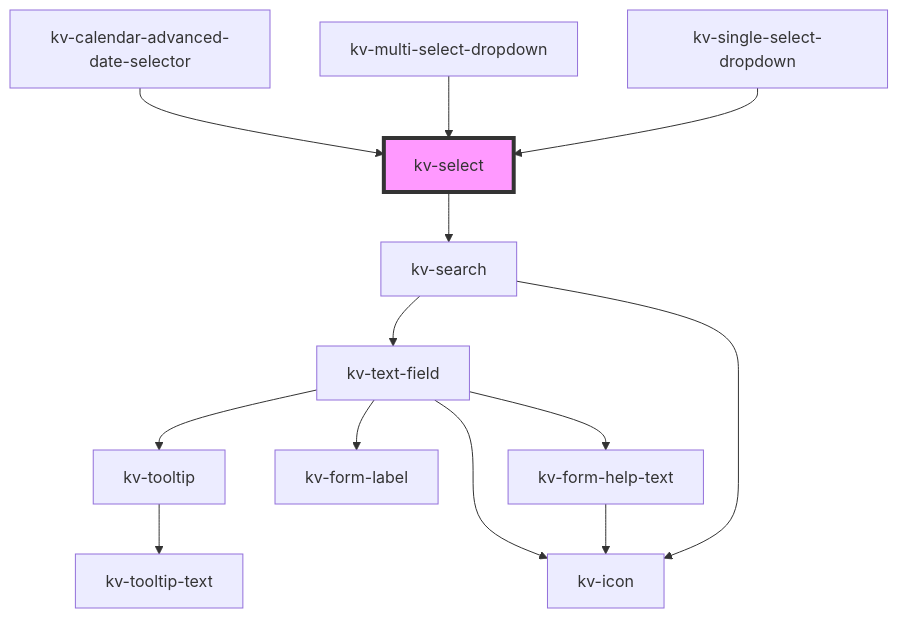
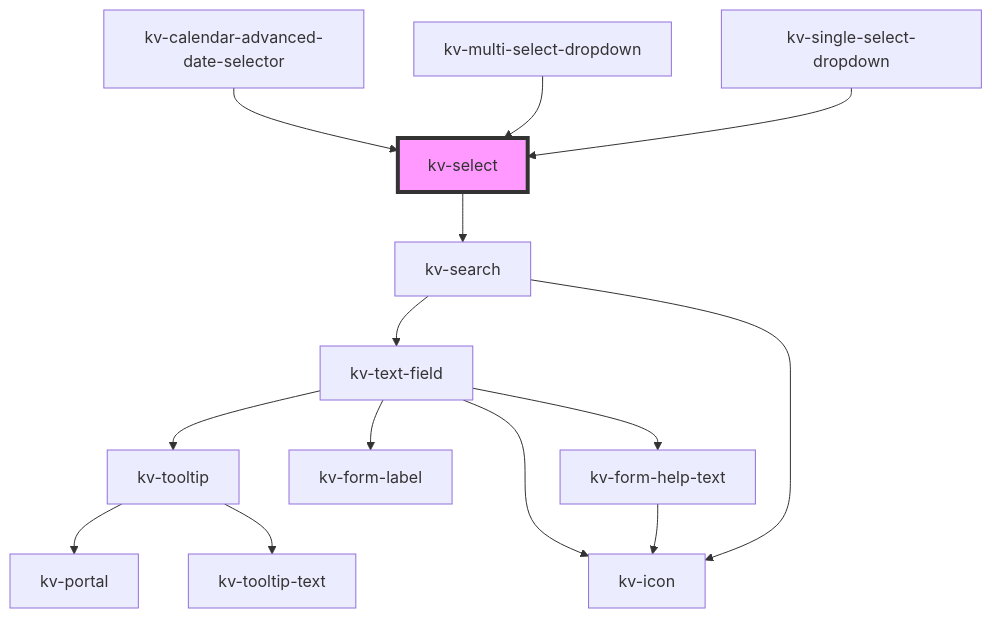
One commit to kelvininc/ui-components changed the diagram in packages/ui-components/src/components/select/readme.md. Above: the diagram before and after it, drawn with Mermaid. The commit also changed 45 other files, not shown here.

Commit message:
refactor(tooltip): create a portal to support the tooltip feature

````diff
--- a/packages/ui-components/src/components/select/readme.md
+++ b/packages/ui-components/src/components/select/readme.md
@@ -105,16 +105,17 @@
 ```mermaid
 graph TD;
   kv-select --> kv-search
   kv-search --> kv-text-field
   kv-search --> kv-icon
   kv-text-field --> kv-tooltip
   kv-text-field --> kv-form-label
   kv-text-field --> kv-icon
   kv-text-field --> kv-form-help-text
+  kv-tooltip --> kv-portal
   kv-tooltip --> kv-tooltip-text
   kv-form-help-text --> kv-icon
   kv-calendar-advanced-date-selector --> kv-select
   kv-multi-select-dropdown --> kv-select
   kv-single-select-dropdown --> kv-select
   style kv-select fill:#f9f,stroke:#333,stroke-width:4px
 ```
````
